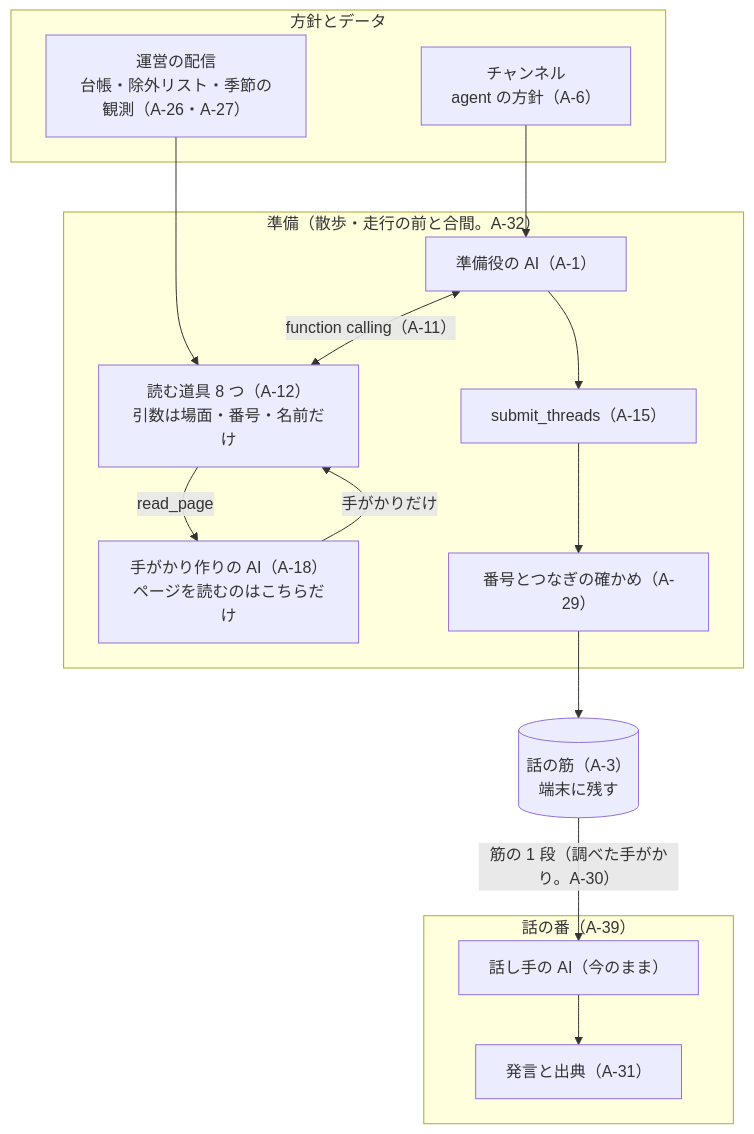
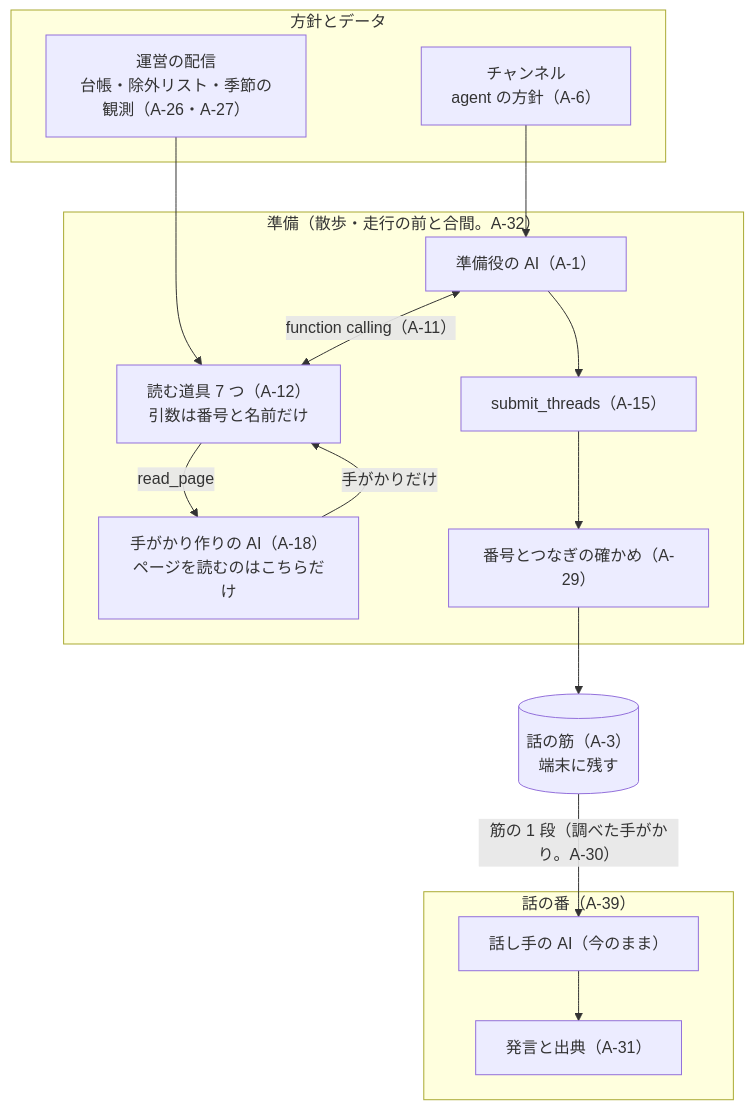
One commit to duwenji/yorisoi-platform changed the first of 3 diagrams in docs/decisions/ADR-AGENT.md. Above: the diagram before and after it, drawn with Mermaid. The commit also changed other lines of this file, not shown here.

````diff
--- a/docs/decisions/ADR-AGENT.md
+++ b/docs/decisions/ADR-AGENT.md
@@ -76,26 +78,26 @@
 ```mermaid
 flowchart TB
     subgraph IN["方針とデータ"]
         CH["チャンネル<br/>agent の方針（A-6）"]
         OP["運営の配信<br/>台帳・除外リスト・季節の観測（A-26・A-27）"]
     end
     subgraph PREP["準備（散歩・走行の前と合間。A-32）"]
         AG["準備役の AI（A-1）"]
-        TOOLS["読む道具 8 つ（A-12）<br/>引数は場面・番号・名前だけ"]
+        TOOLS["読む道具 7 つ（A-12）<br/>引数は番号と名前だけ"]
         HINT["手がかり作りの AI（A-18）<br/>ページを読むのはこちらだけ"]
         SUB["submit_threads（A-15）"]
         CHK["番号とつなぎの確かめ（A-29）"]
     end
     TH[("話の筋（A-3）<br/>端末に残す")]
     subgraph TALK["話の番（A-39）"]
         SP["話し手の AI（今のまま）"]
         OUT["発言と出典（A-31）"]
     end
     CH --> AG
     OP --> TOOLS
     AG <-->|"function calling（A-11）"| TOOLS
     TOOLS -->|"read_page"| HINT
     HINT -->|"手がかりだけ"| TOOLS
     AG --> SUB --> CHK --> TH
     TH -->|"筋の 1 段（調べた手がかり。A-30）"| SP --> OUT
 ```
````
